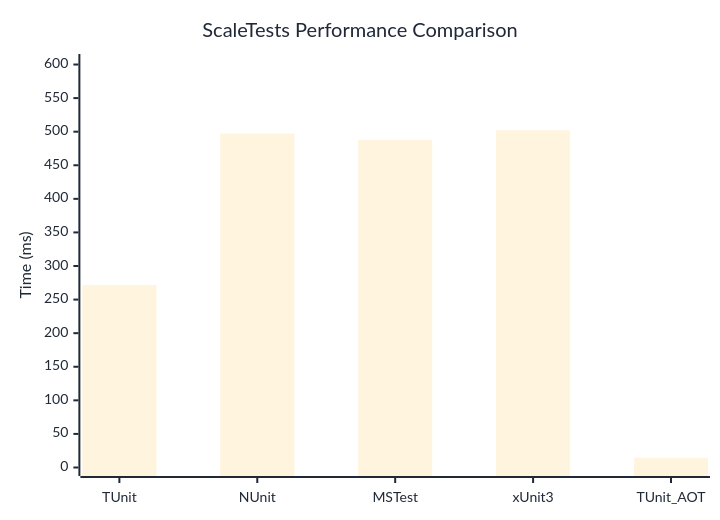
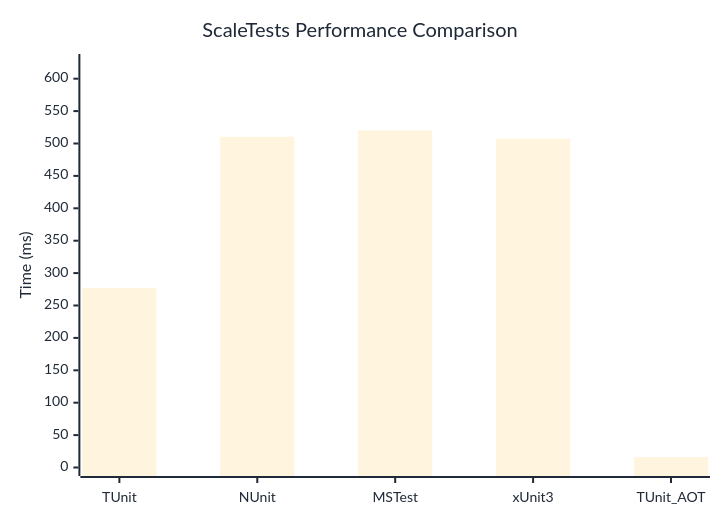
The diagram in docs/docs/benchmarks/engine/ScaleTests.md (thomhurst/TUnit), drawn with Mermaid before and after one commit. The commit also changed other lines of this file and 18 other files, not shown here.

````diff
--- a/docs/docs/benchmarks/engine/ScaleTests.md
+++ b/docs/docs/benchmarks/engine/ScaleTests.md
@@ -29,37 +29,37 @@
 ```mermaid
 %%{init: {
   'theme':'base',
   'themeVariables': {
     'primaryColor': '#2563eb',
     'primaryTextColor': '#1f2937',
     'primaryBorderColor': '#1e40af',
     'lineColor': '#6b7280',
     'secondaryColor': '#7c3aed',
     'tertiaryColor': '#dc2626',
     'background': '#ffffff',
     'mainBkg': '#2563eb',
     'secondBkg': '#7c3aed',
     'tertiaryBkg': '#dc2626',
     'clusterBkg': '#f3f4f6',
     'edgeLabelBackground': '#ffffff',
     'tertiaryTextColor': '#1f2937',
     'pie1': '#2563eb',
     'pie2': '#7c3aed',
     'pie3': '#dc2626',
     'pie4': '#f59e0b',
     'pie5': '#10b981',
     'pie6': '#06b6d4',
     'pie7': '#ec4899',
     'pie8': '#6366f1',
     'pie9': '#84cc16',
     'pie10': '#f97316',
     'pie11': '#14b8a6',
     'pie12': '#a855f7'
   }
 }}%%
 xychart-beta
   title "ScaleTests Performance Comparison"
   x-axis ["TUnit", "NUnit", "MSTest", "xUnit3", "TUnit_AOT"]
-  y-axis "Time (ms)" 0 --> 603
-  bar [271.79, 497.08, 487.55, 502.19, 14.4]
+  y-axis "Time (ms)" 0 --> 625
+  bar [277.02, 510.38, 520.14, 507.34, 16.05]
 ```
````
